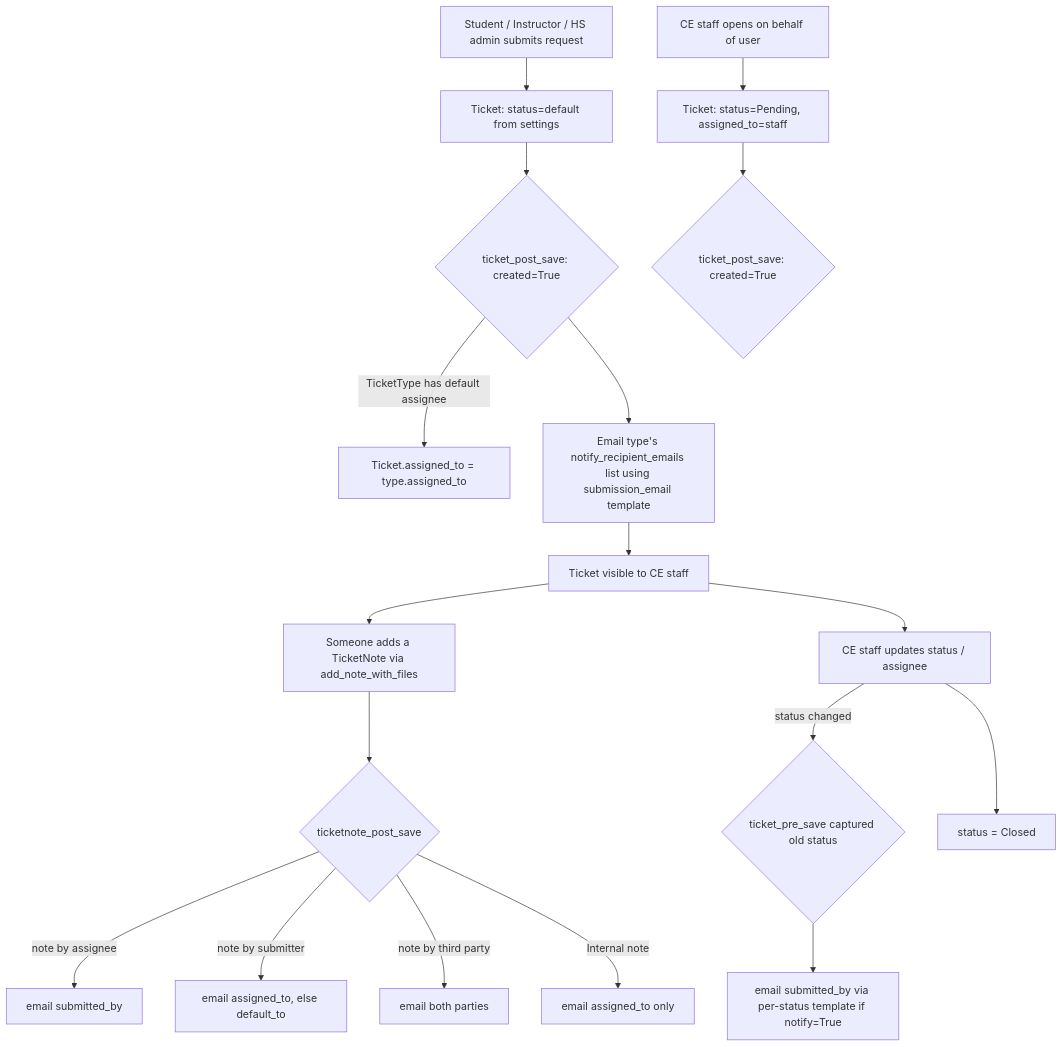
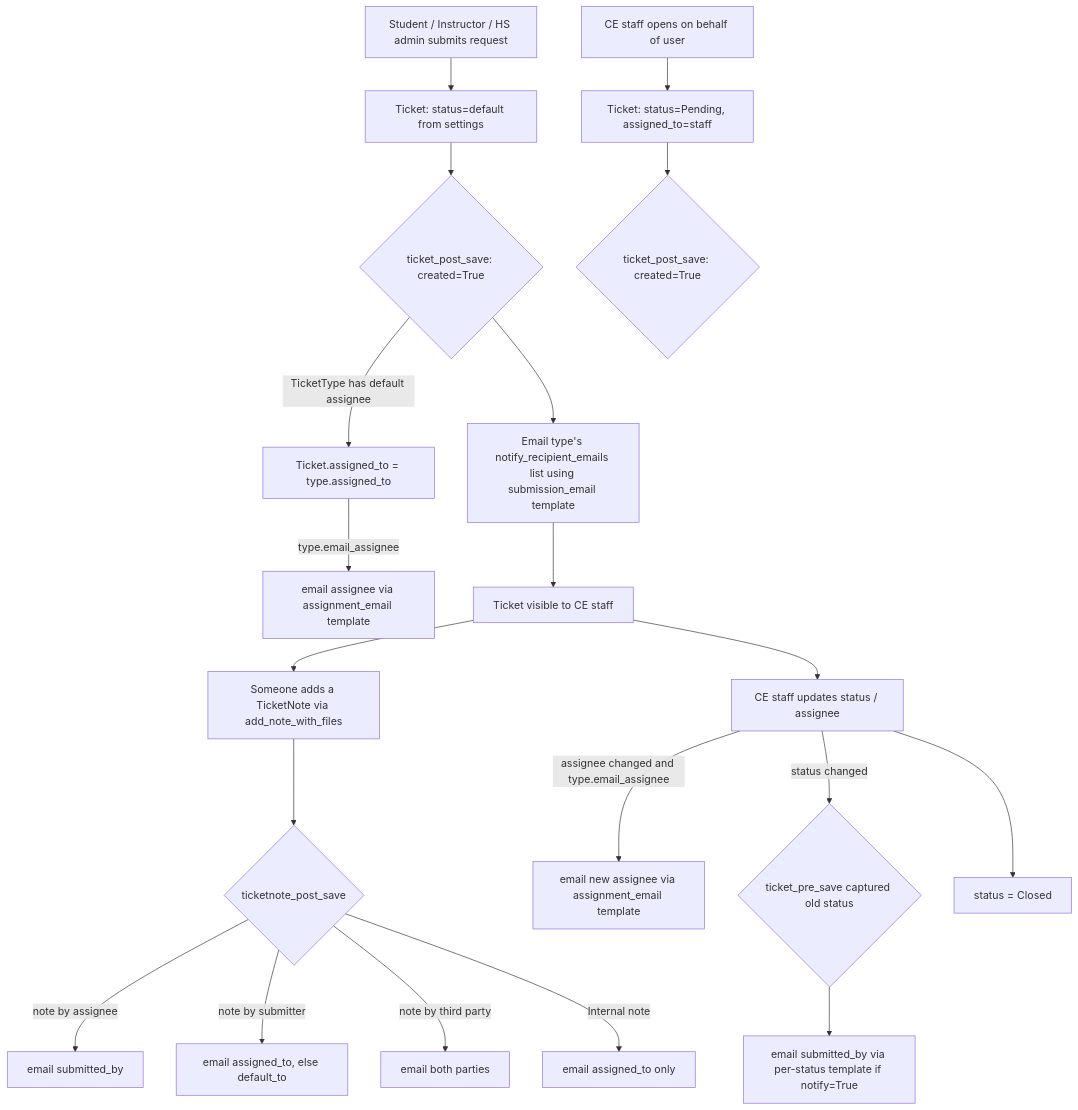
The diagram in CLAUDE.md (Canusia/package-support_ticket), drawn with Mermaid before and after one commit. The commit also changed other lines of this file and 9 other files, not shown here.

First line of the commit message:
feat(types): optionally email the assignee when a ticket is assigned

````diff
--- a/CLAUDE.md
+++ b/CLAUDE.md
@@ -91,20 +94,22 @@
 ```mermaid
 flowchart TD
     A[Student / Instructor / HS admin submits request] --> B[Ticket: status=default from settings]
     A2[CE staff opens on behalf of user] --> B2[Ticket: status=Pending, assigned_to=staff]
     B --> C{ticket_post_save: created=True}
     B2 --> C2{ticket_post_save: created=True}
     C -->|TicketType has default assignee| D[Ticket.assigned_to = type.assigned_to]
+    D -->|type.email_assignee| D2[email assignee via assignment_email template]
     C --> E[Email type's notify_recipient_emails list using submission_email template]
     E --> F[Ticket visible to CE staff]
     F --> G[Someone adds a TicketNote via add_note_with_files]
     G --> H{ticketnote_post_save}
     H -->|note by assignee| I[email submitted_by]
     H -->|note by submitter| J[email assigned_to, else default_to]
     H -->|note by third party| K[email both parties]
     H -->|Internal note| L[email assigned_to only]
     F --> M[CE staff updates status / assignee]
+    M -->|assignee changed and type.email_assignee| M2[email new assignee via assignment_email template]
     M -->|status changed| N{ticket_pre_save captured old status}
     N --> O[email submitted_by via per-status template if notify=True]
     M --> P[status = Closed]
 ```
````
